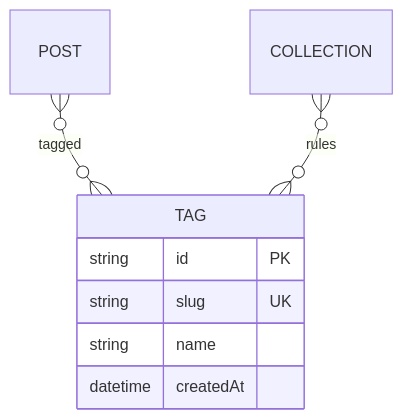
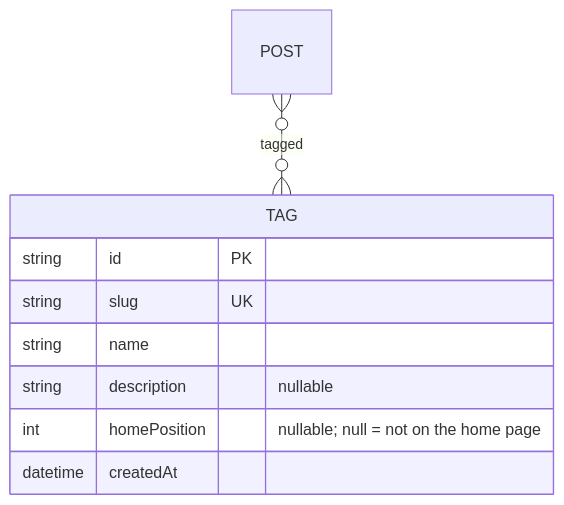
One commit to MASKUN2/inhology changed the diagram in design/domain/tag.md. Above: the diagram before and after it, drawn with Mermaid. The commit also changed other lines of this file and 48 other files, not shown here.

First line of the commit message:
feat: fold collections into tags; tags are editable and drive the home page

````diff
--- a/design/domain/tag.md
+++ b/design/domain/tag.md
@@ -7,12 +7,13 @@
 ```mermaid
 erDiagram
     POST }o--o{ TAG : "tagged"
-    COLLECTION }o--o{ TAG : "rules"
 
     TAG {
         string   id PK
         string   slug UK
         string   name
+        string   description "nullable"
+        int      homePosition "nullable; null = not on the home page"
         datetime createdAt
     }
 ```
````
